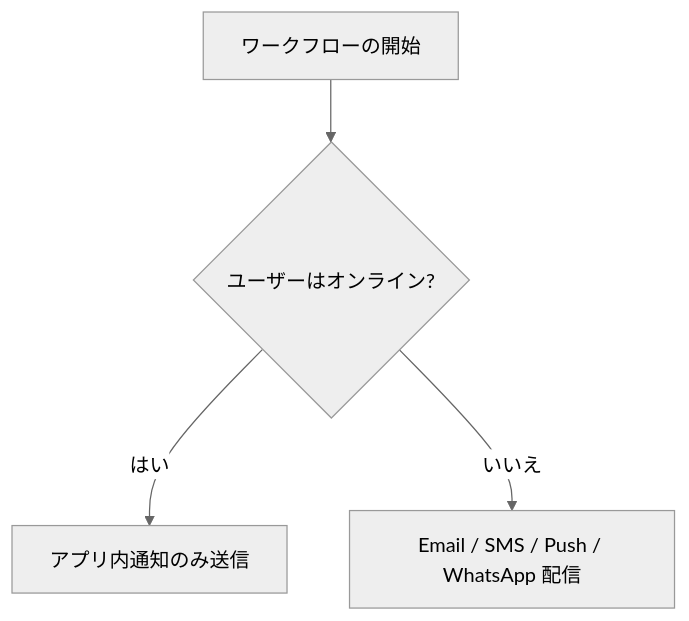
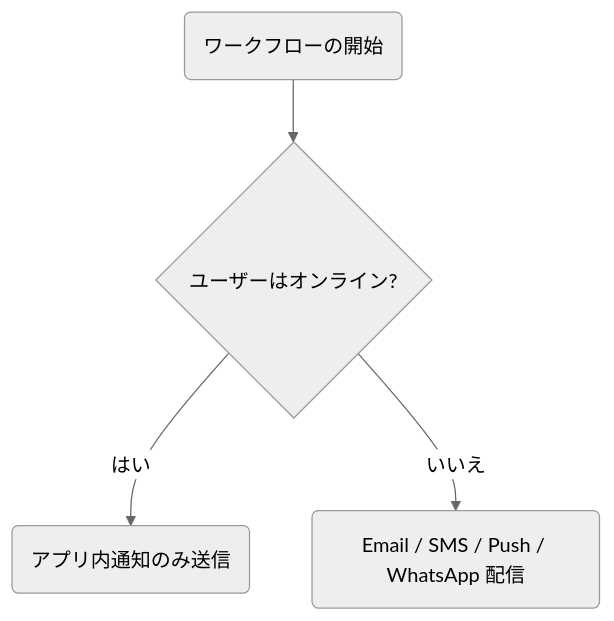
Before and after one commit to KriyanshKhunt/nexus_docs: the diagram in content/docs/ja/platform/features/cost-reduction.mdx, drawn with Mermaid (neutral theme). The commit also changed 20 other files, not shown here.

Commit message:
Handle ja Mermaid charts

````diff
--- a/content/docs/ja/platform/features/cost-reduction.mdx
+++ b/content/docs/ja/platform/features/cost-reduction.mdx
@@ -16,6 +16,6 @@
 ```mermaid
 flowchart TD
-  Trigger[ワークフローの開始] --> Check{ユーザーはオンライン?}
-  Check -->|はい| Suppress[アプリ内通知のみ送信]
-  Check -->|いいえ| Dispatch[Email / SMS / Push / WhatsApp 配信]
+  Trigger(ワークフローの開始) --> Check{ユーザーはオンライン?}
+  Check -->|はい| Suppress(アプリ内通知のみ送信)
+  Check -->|いいえ| Dispatch(Email / SMS / Push / WhatsApp 配信)
 ```
````
